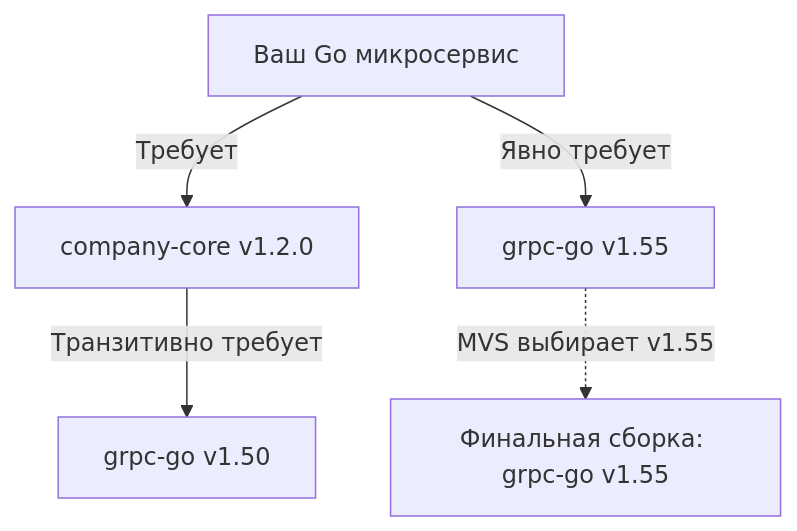
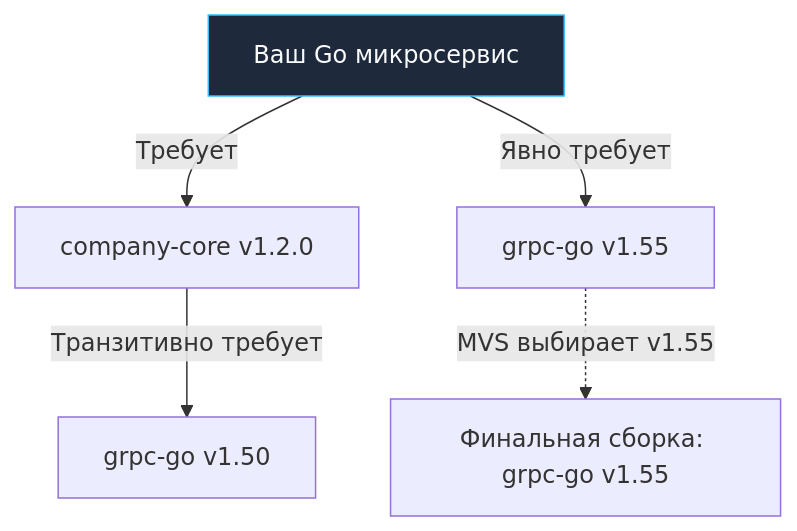
The third of 4 diagrams in sources/14. Распределенные системы на Go/08. Практика/2. Shared libraries vs copy paste.md (UnrealTemplier/go-textbook), drawn with Mermaid before and after one commit. The commit also changed other lines of this file and 1666 other files, not shown here.

First line of the commit message:
feat(mermaid): add semantic color classDef to 1369 colorless flowchart/graph diagrams

````diff
--- a/sources/14. Распределенные системы на Go/08. Практика/2. Shared libraries vs copy paste.md
+++ b/sources/14. Распределенные системы на Go/08. Практика/2. Shared libraries vs copy paste.md
@@ -95,8 +95,18 @@
 ```mermaid
 flowchart TD
-    MyApp["Ваш Go микросервис"] -->|"Требует"| LibCore["company-core v1.2.0"]
+    classDef process  fill:#1e293b,stroke:#38bdf8,stroke-width:1px,color:#f8fafc
+    classDef success  fill:#064e3b,stroke:#34d399,stroke-width:1px,color:#f8fafc
+    classDef error    fill:#7f1d1d,stroke:#f87171,stroke-width:1px,color:#f8fafc
+    classDef warning  fill:#78350f,stroke:#fbbf24,stroke-width:1px,color:#f8fafc
+    classDef entry    fill:#1e3a5f,stroke:#38bdf8,stroke-width:2px,color:#f8fafc
+    classDef aux      fill:#334155,stroke:#64748b,stroke-width:1px,color:#f8fafc
+    classDef system   fill:#312e81,stroke:#a78bfa,stroke-width:1px,color:#f8fafc
+    classDef data     fill:#132d29,stroke:#2dd4bf,stroke-width:1px,color:#f8fafc
+    classDef network  fill:#881337,stroke:#fb7185,stroke-width:1px,color:#f8fafc
+    classDef accent   fill:#1e1b4b,stroke:#818cf8,stroke-width:1px,color:#f8fafc
+    MyApp["Ваш Go микросервис"]:::process -->|"Требует"| LibCore["company-core v1.2.0"]
     MyApp -->|"Явно требует"| GrpcDirect["grpc-go v1.55"]
     LibCore -->|"Транзитивно требует"| GrpcTransitive["grpc-go v1.50"]
     
     GrpcDirect -.->|"MVS выбирает v1.55"| Resolved["Финальная сборка: grpc-go v1.55"]
 ```
````
